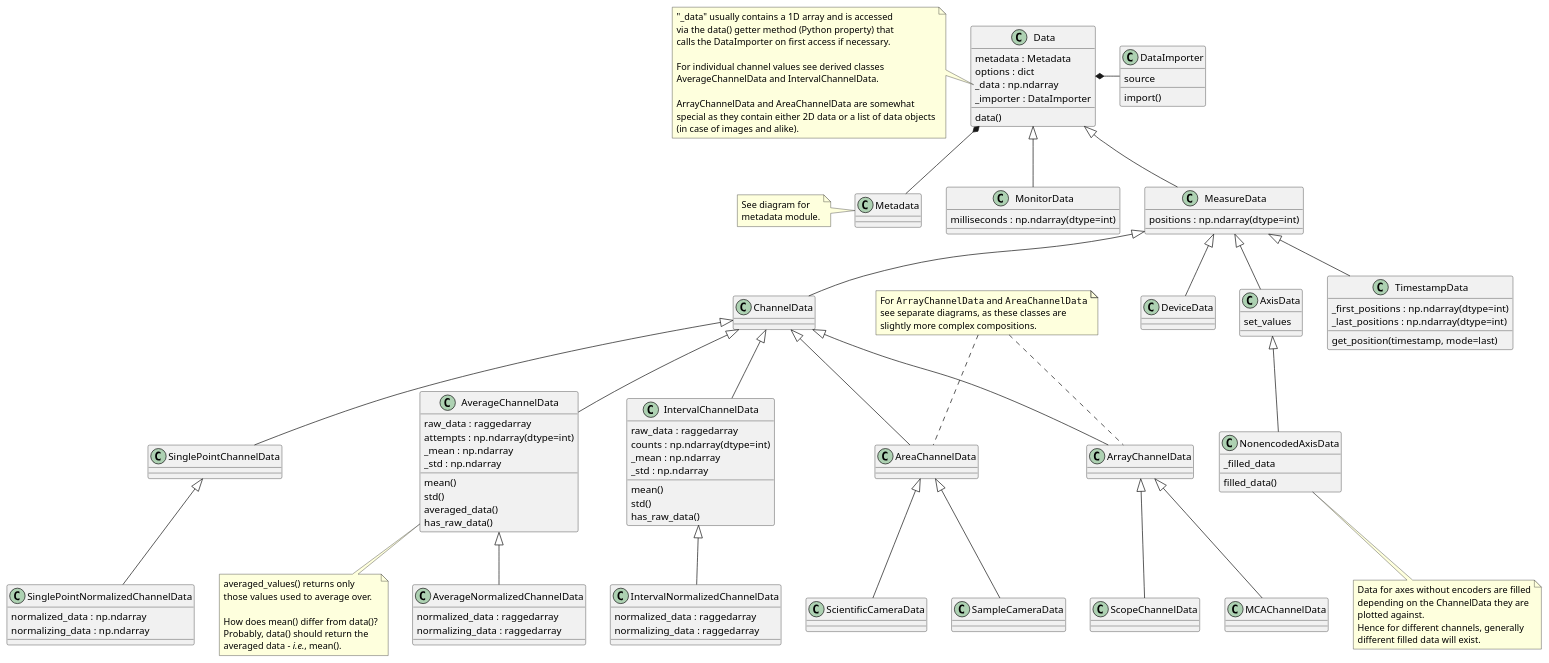
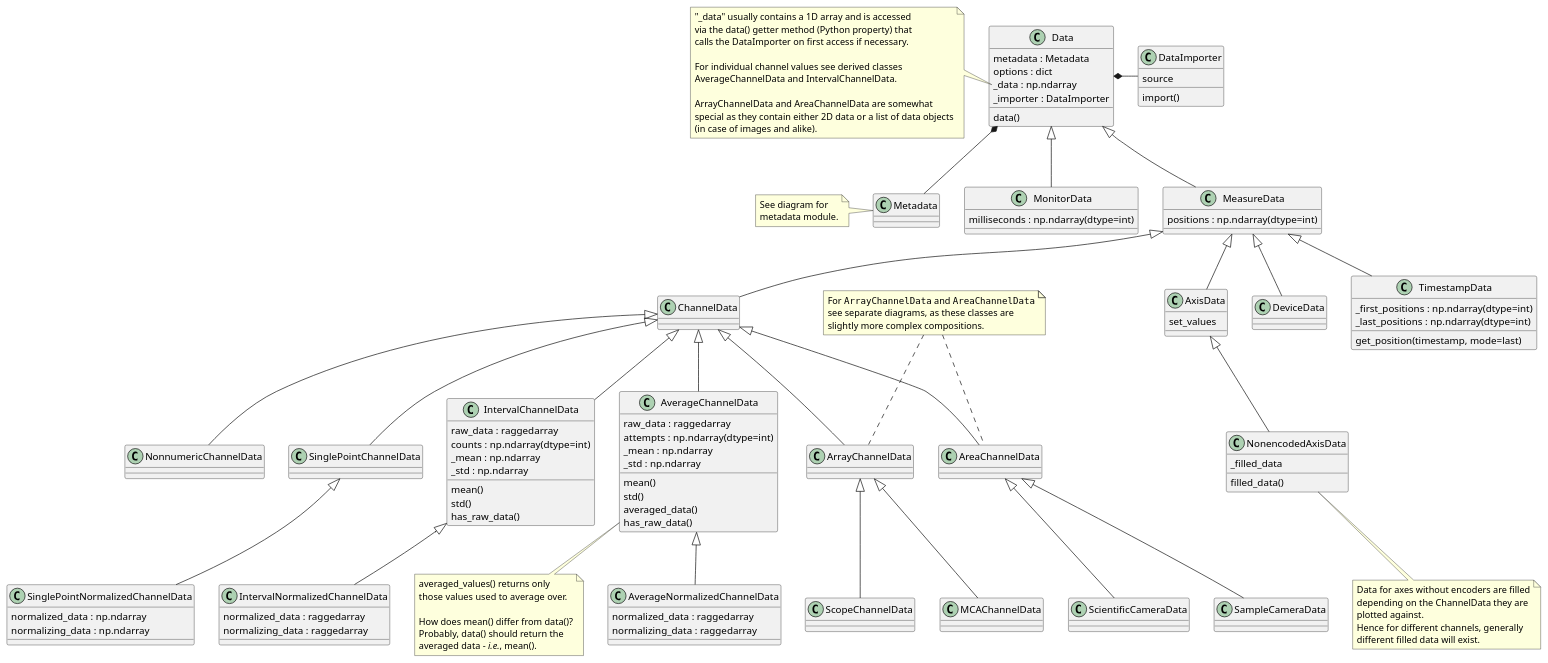
One commit to tillbiskup/evedata changed the diagram in docs/uml/evedata.evefile.data.puml. Above: the diagram before and after it, drawn with PlantUML. The commit also changed 4 other files, not shown here.

Commit message:
Add nonnumeric channel

```diff
--- a/docs/uml/evedata.evefile.data.puml
+++ b/docs/uml/evedata.evefile.data.puml
@@ -1,141 +1,148 @@
 @startuml
 'skinparam dpi 150
 
 class Data {
     metadata : Metadata
     options : dict
     _data : np.ndarray
     _importer : DataImporter
     data()
 }
 note left of Data::_data
     "_data" usually contains a 1D array and is accessed
     via the data() getter method (Python property) that
     calls the DataImporter on first access if necessary.
 
     For individual channel values see derived classes
     AverageChannelData and IntervalChannelData.
 
     ArrayChannelData and AreaChannelData are somewhat
     special as they contain either 2D data or a list of data objects
     (in case of images and alike).
 end note
 
 class DataImporter {
     source
     import()
 }
 
 class Metadata {
 }
 note left: See diagram for\nmetadata module.
 
 Data *- DataImporter
 Data *-- Metadata
 
 class MeasureData extends Data {
     {field} positions : np.ndarray(dtype=int)
 }
 
 class MonitorData extends Data {
     {field} milliseconds : np.ndarray(dtype=int)
 }
 
 class DeviceData extends MeasureData
 
 class AxisData extends MeasureData {
     set_values
 }
 
 class NonencodedAxisData extends AxisData {
     _filled_data
     filled_data()
 }
 note bottom of NonencodedAxisData
     Data for axes without encoders are filled
     depending on the ChannelData they are
     plotted against.
     Hence for different channels, generally
     different filled data will exist.
 endnote
 
 class ChannelData extends MeasureData {
 }
 
 class TimestampData extends MeasureData {
     {field} _first_positions : np.ndarray(dtype=int)
     {field} _last_positions : np.ndarray(dtype=int)
     get_position(timestamp, mode=last)
 }
+
+class NonnumericChannelData extends ChannelData {}
+
+'Help layout a bit
+NonnumericChannelData -[hidden]> SinglePointChannelData
+SinglePointChannelData -[hidden]> IntervalChannelData
+IntervalChannelData -[hidden]> AreaChannelData
 
 class SinglePointChannelData extends ChannelData {}
 
 class SinglePointNormalizedChannelData extends SinglePointChannelData {
     normalized_data : np.ndarray
     normalizing_data : np.ndarray
 }
 
 class AverageChannelData extends ChannelData {
     raw_data : raggedarray
     {field} attempts : np.ndarray(dtype=int)
     _mean : np.ndarray
     _std : np.ndarray
     mean()
     std()
     averaged_data()
     has_raw_data()
 }
 note bottom of AverageChannelData
     averaged_values() returns only
     those values used to average over.
 
     How does mean() differ from data()?
     Probably, data() should return the
     averaged data - <i>i.e.</i>, mean().
 end note
 
 class AverageNormalizedChannelData extends AverageChannelData {
     normalized_data : raggedarray
     normalizing_data : raggedarray
 }
 
 
 class IntervalChannelData extends ChannelData {
     raw_data : raggedarray
     {field} counts : np.ndarray(dtype=int)
     _mean : np.ndarray
     _std : np.ndarray
     mean()
     std()
     has_raw_data()
 }
 
 class IntervalNormalizedChannelData extends IntervalChannelData {
     normalized_data : raggedarray
     normalizing_data : raggedarray
 }
 
 class ArrayChannelData extends ChannelData {
 }
 
 class MCAChannelData extends ArrayChannelData
 
 class ScopeChannelData extends ArrayChannelData
 
 class AreaChannelData extends ChannelData {
 }
 
 class SampleCameraData extends AreaChannelData
 
 class ScientificCameraData extends AreaChannelData
 
 note as array_area_channels_note
     For ""ArrayChannelData"" and ""AreaChannelData""
     see separate diagrams, as these classes are
     slightly more complex compositions.
 end note
 
 AreaChannelData .up. array_area_channels_note
 ArrayChannelData .up. array_area_channels_note
 
 @enduml
```
